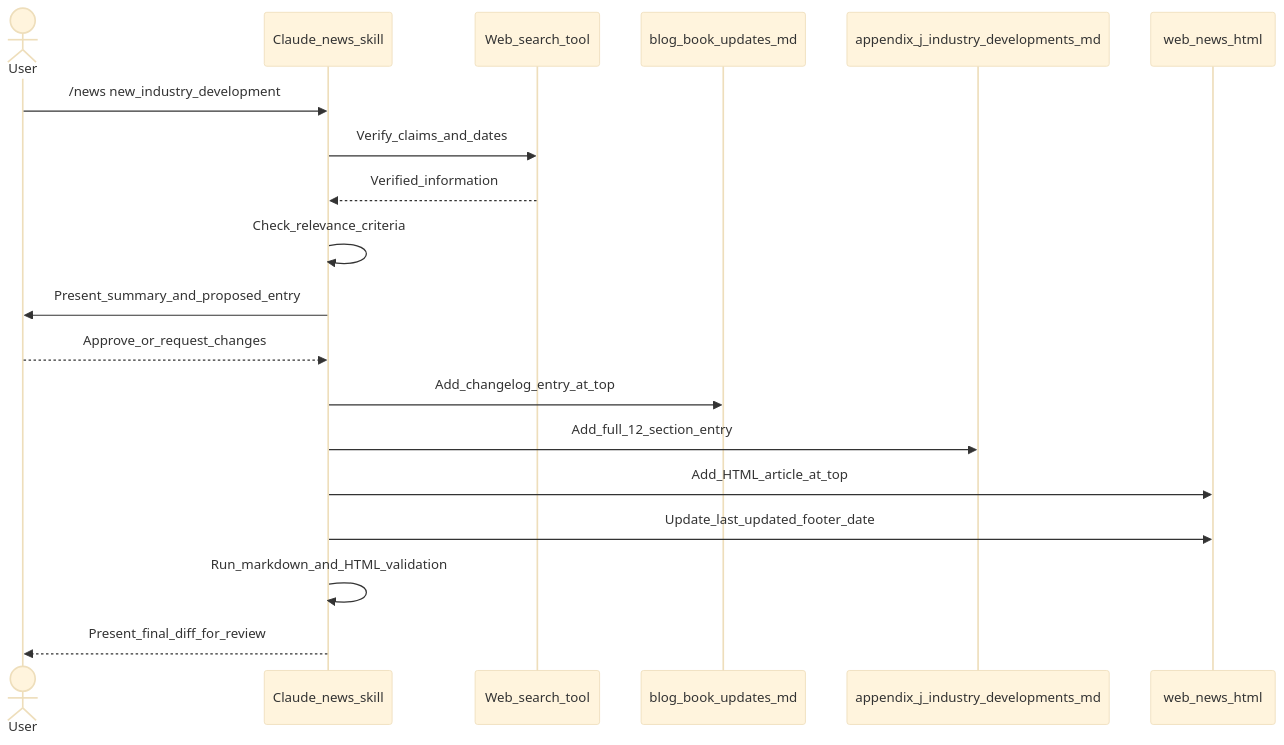
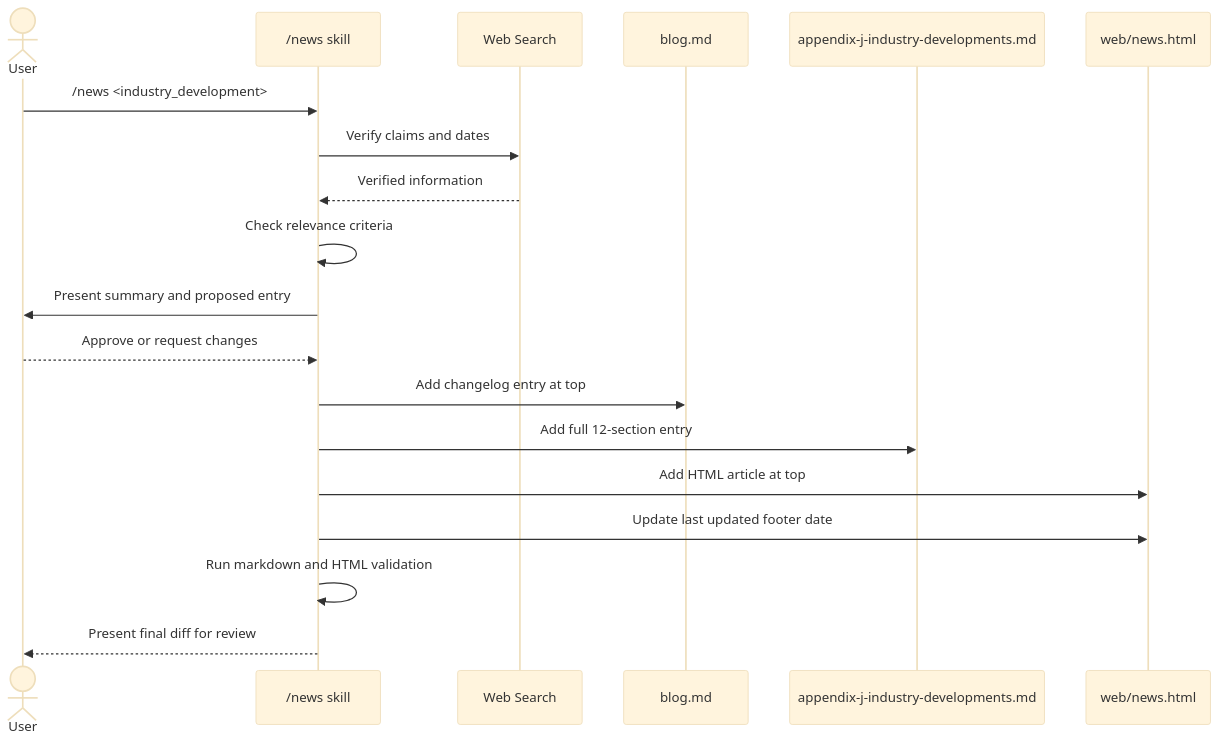
The third of 4 diagrams in docs/architecture/doc-architecture.md (ddttom/invisible-users), drawn with Mermaid (base theme) before and after one commit. The commit also changed other lines of this file, not shown here.

First line of the commit message:
Comprehensive architecture documentation rewrite

````diff
--- a/docs/architecture/doc-architecture.md
+++ b/docs/architecture/doc-architecture.md
@@ -6,26 +424,26 @@
 ```mermaid
 sequenceDiagram
     actor User
-    participant ClaudeNewsSkill as Claude_news_skill
-    participant WebSearch as Web_search_tool
-    participant BlogFile as blog_book_updates_md
-    participant AppendixJ as appendix_j_industry_developments_md
-    participant NewsHTML as web_news_html
+    participant ClaudeNewsSkill as /news skill
+    participant WebSearch as Web Search
+    participant BlogFile as blog.md
+    participant AppendixJ as appendix-j-industry-developments.md
+    participant NewsHTML as web/news.html
 
-    User->>ClaudeNewsSkill: /news new_industry_development
+    User->>ClaudeNewsSkill: /news <industry_development>
 
-    ClaudeNewsSkill->>WebSearch: Verify_claims_and_dates
-    WebSearch-->>ClaudeNewsSkill: Verified_information
+    ClaudeNewsSkill->>WebSearch: Verify claims and dates
+    WebSearch-->>ClaudeNewsSkill: Verified information
 
-    ClaudeNewsSkill->>ClaudeNewsSkill: Check_relevance_criteria
-    ClaudeNewsSkill->>User: Present_summary_and_proposed_entry
-    User-->>ClaudeNewsSkill: Approve_or_request_changes
+    ClaudeNewsSkill->>ClaudeNewsSkill: Check relevance criteria
+    ClaudeNewsSkill->>User: Present summary and proposed entry
+    User-->>ClaudeNewsSkill: Approve or request changes
 
-    ClaudeNewsSkill->>BlogFile: Add_changelog_entry_at_top
-    ClaudeNewsSkill->>AppendixJ: Add_full_12_section_entry
-    ClaudeNewsSkill->>NewsHTML: Add_HTML_article_at_top
-    ClaudeNewsSkill->>NewsHTML: Update_last_updated_footer_date
+    ClaudeNewsSkill->>BlogFile: Add changelog entry at top
+    ClaudeNewsSkill->>AppendixJ: Add full 12-section entry
+    ClaudeNewsSkill->>NewsHTML: Add HTML article at top
+    ClaudeNewsSkill->>NewsHTML: Update last updated footer date
 
-    ClaudeNewsSkill->>ClaudeNewsSkill: Run_markdown_and_HTML_validation
-    ClaudeNewsSkill-->>User: Present_final_diff_for_review
+    ClaudeNewsSkill->>ClaudeNewsSkill: Run markdown and HTML validation
+    ClaudeNewsSkill-->>User: Present final diff for review
 ```
````
